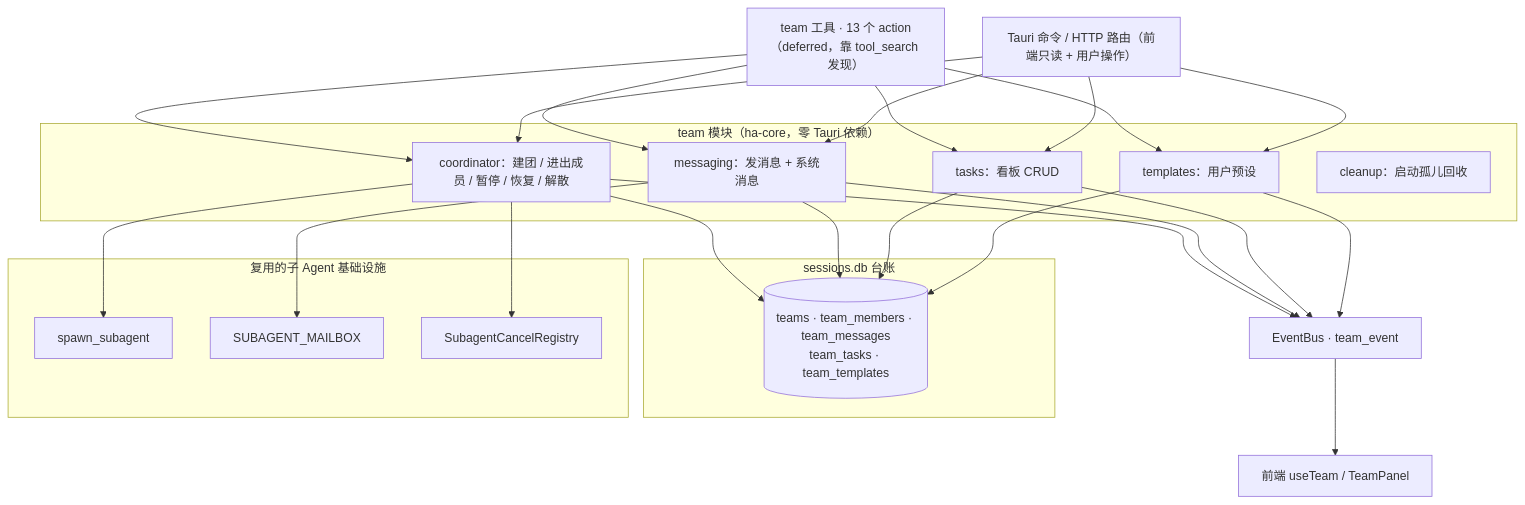
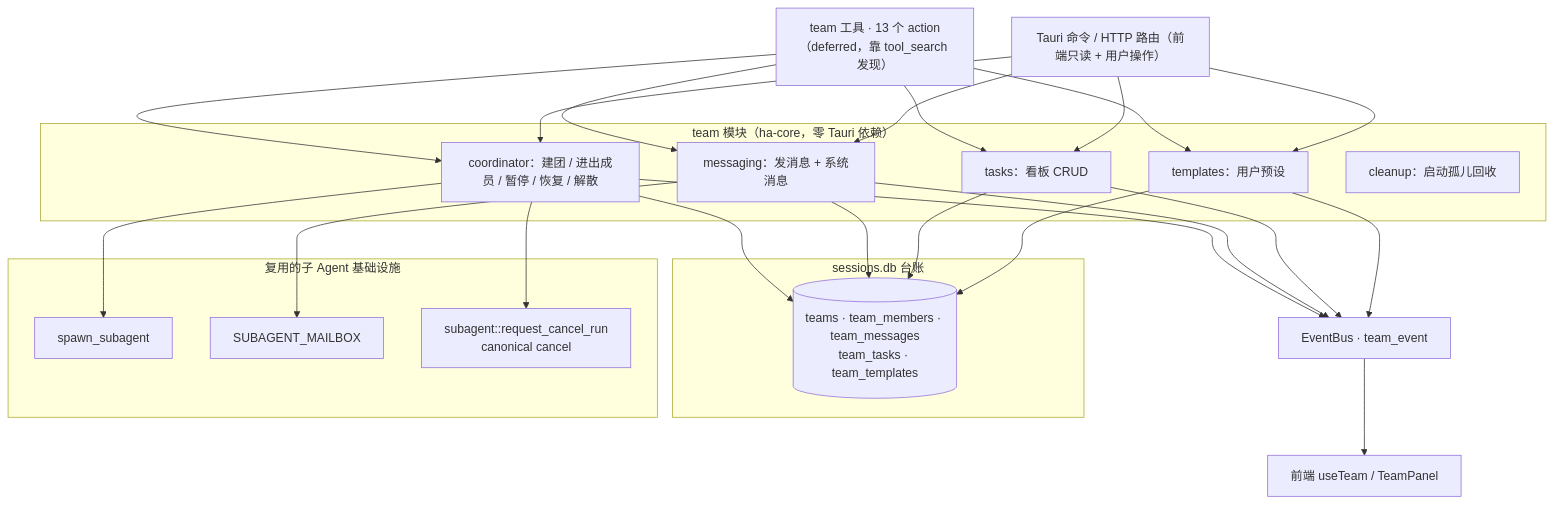
The first of 9 diagrams in mirrors/repos/shiwenwen@hope-agent/docs/architecture/agent/agent-team.md (gabrielmoreira/agent-skills-mirror), drawn with Mermaid before and after one commit. The commit also changed other lines of this file and 3176 other files, not shown here.

````diff
--- a/mirrors/repos/shiwenwen@hope-agent/docs/architecture/agent/agent-team.md
+++ b/mirrors/repos/shiwenwen@hope-agent/docs/architecture/agent/agent-team.md
@@ -43,41 +43,41 @@
 ```mermaid
 flowchart TB
     Tool["team 工具 · 13 个 action（deferred，靠 tool_search 发现）"]
     Tauri["Tauri 命令 / HTTP 路由（前端只读 + 用户操作）"]
 
     subgraph orchestration["team 模块（ha-core，零 Tauri 依赖）"]
         Coord["coordinator：建团 / 进出成员 / 暂停 / 恢复 / 解散"]
         Msg["messaging：发消息 + 系统消息"]
         Task["tasks：看板 CRUD"]
         Tpl["templates：用户预设"]
         Clean["cleanup：启动孤儿回收"]
     end
 
     subgraph store["sessions.db 台账"]
         DB[("teams · team_members · team_messages<br/>team_tasks · team_templates")]
     end
 
     subgraph infra["复用的子 Agent 基础设施"]
         Spawn["spawn_subagent"]
         Mail["SUBAGENT_MAILBOX"]
-        Cancel["SubagentCancelRegistry"]
+        Cancel["subagent::request_cancel_run<br/>canonical cancel"]
     end
 
     Bus["EventBus · team_event"]
     FE["前端 useTeam / TeamPanel"]
 
     Tool --> Coord & Msg & Task & Tpl
     Tauri --> Coord & Msg & Task & Tpl
     Coord --> DB
     Msg --> DB
     Task --> DB
     Tpl --> DB
     Coord --> Spawn
     Coord --> Cancel
     Msg --> Mail
     Coord --> Bus
     Msg --> Bus
     Task --> Bus
     Tpl --> Bus
     Bus --> FE
 ```
````
